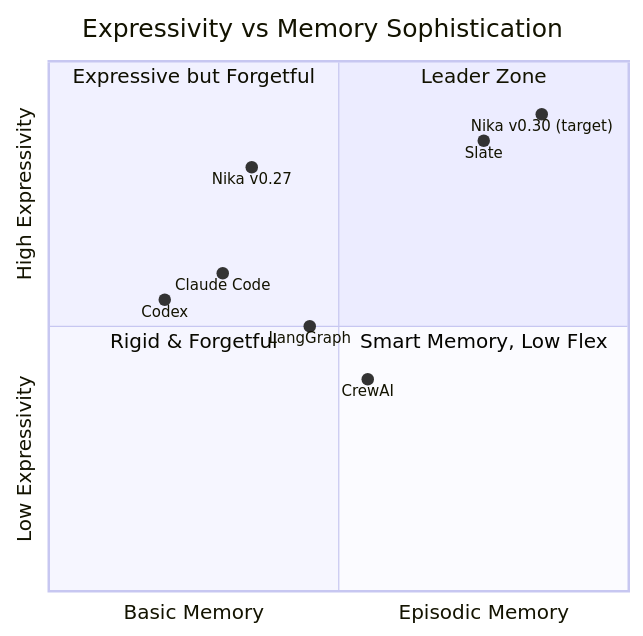
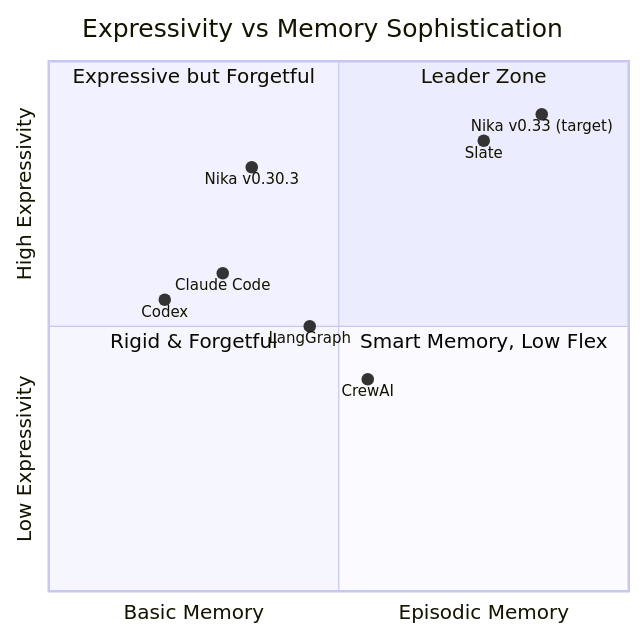
One commit to supernovae-st/nika changed the sixth of 7 diagrams in tools/nika/docs/brainstorm/nika-evolution/03-competitive-landscape.md. Above: the diagram before and after it, drawn with Mermaid. The commit also changed other lines of this file and 35 other files, not shown here.

````diff
--- a/tools/nika/docs/brainstorm/nika-evolution/03-competitive-landscape.md
+++ b/tools/nika/docs/brainstorm/nika-evolution/03-competitive-landscape.md
@@ -317,17 +317,17 @@
 ```mermaid
 quadrantChart
     title Expressivity vs Memory Sophistication
     x-axis "Basic Memory" --> "Episodic Memory"
     y-axis "Low Expressivity" --> "High Expressivity"
     quadrant-1 "Leader Zone"
     quadrant-2 "Expressive but Forgetful"
     quadrant-3 "Rigid & Forgetful"
     quadrant-4 "Smart Memory, Low Flex"
-    "Nika v0.27": [0.35, 0.80]
-    "Nika v0.30 (target)": [0.85, 0.90]
+    "Nika v0.30.3": [0.35, 0.80]
+    "Nika v0.33 (target)": [0.85, 0.90]
     "Slate": [0.75, 0.85]
     "Claude Code": [0.30, 0.60]
     "LangGraph": [0.45, 0.50]
     "CrewAI": [0.55, 0.40]
     "Codex": [0.20, 0.55]
 ```
````
